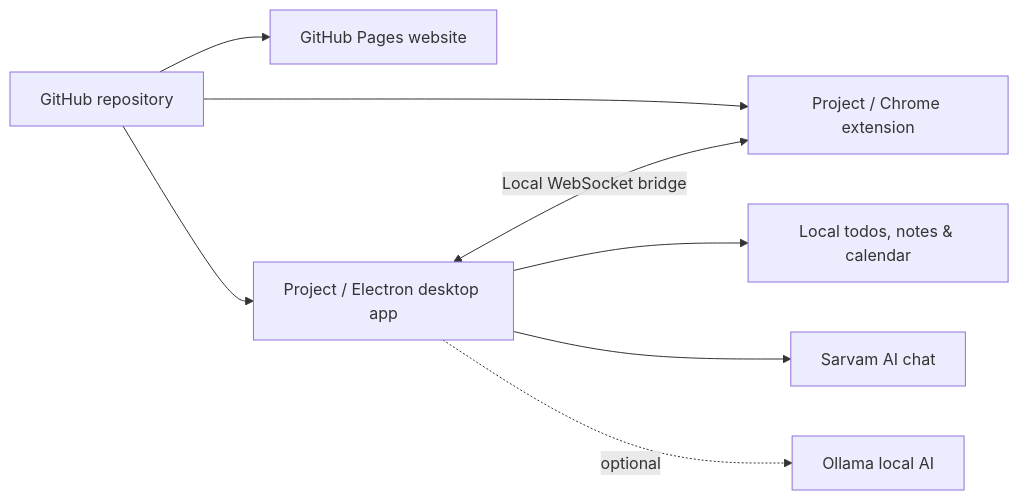
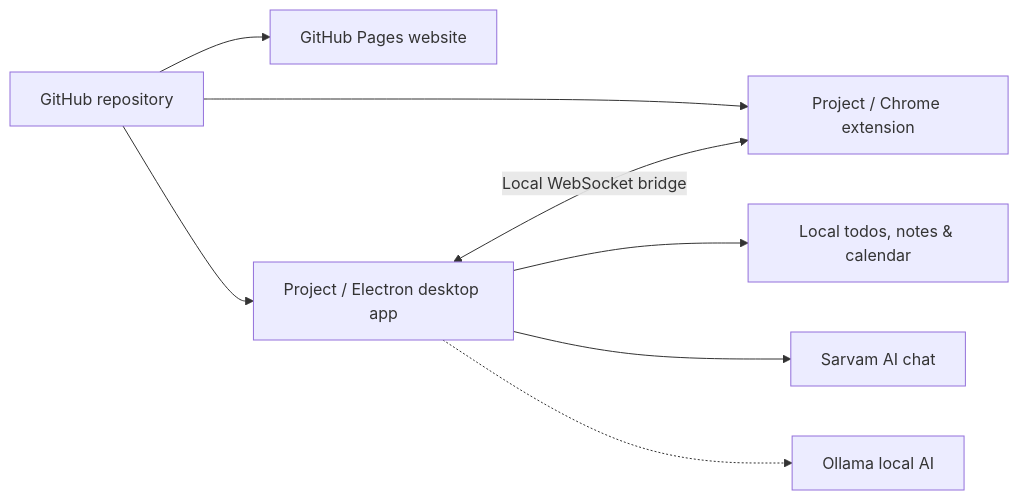
Before and after one commit to anandh0u/Wth_is_this: the diagram in README.md, drawn with Mermaid.

````diff
--- a/README.md
+++ b/README.md
@@ -68,10 +68,10 @@
 ```mermaid
 flowchart LR
   A[GitHub repository] --> B[GitHub Pages website]
   A --> C[Project / Electron desktop app]
   A --> D[Project / Chrome extension]
   C <-->|Local WebSocket bridge| D
   C --> E[Local todos, notes & calendar]
   C --> F[Sarvam AI chat]
-  C -. optional .-> G[Ollama local AI]
+  C .-> G[Ollama local AI]
 ```
````
